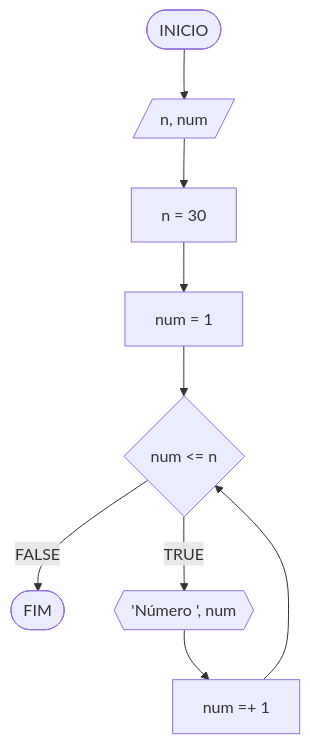
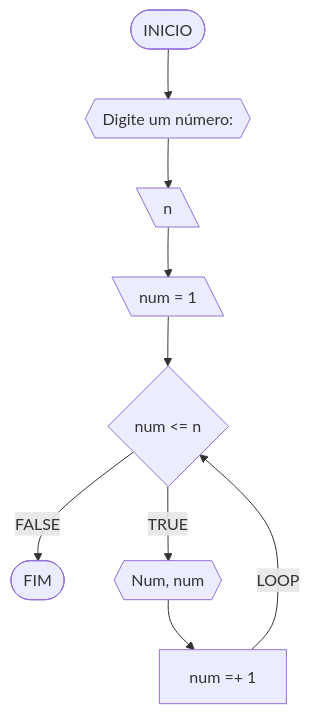
Before and after one commit to majuss8/ads-unifor: the first of 6 diagrams in RaciocinioLogicoAlgoritmico/lista_exercicios3.md, drawn with Mermaid. The commit also changed other lines of this file, not shown here.

````diff
--- a/RaciocinioLogicoAlgoritmico/lista_exercicios3.md
+++ b/RaciocinioLogicoAlgoritmico/lista_exercicios3.md
@@ -54,11 +10,11 @@
 ```mermaid
 flowchart TD
-A([INICIO]) --> B[/n, num/]
-B --> C[n = 30]
-C --> D[num = 1]
+A([INICIO]) --> B{{Digite um número: }}
+B --> C[\n\]
+C --> D[\num = 1\]
 D --> E{num <= n}
-E --FALSE--> H([FIM])
-E --TRUE--> F{{"'Número ', num"}}
+E --FALSE--> I([FIM])
+E --TRUE--> F{{"Num", num}}
 F --> G[num =+ 1]
-G --> E
+G --LOOP--> E
 ```
````
